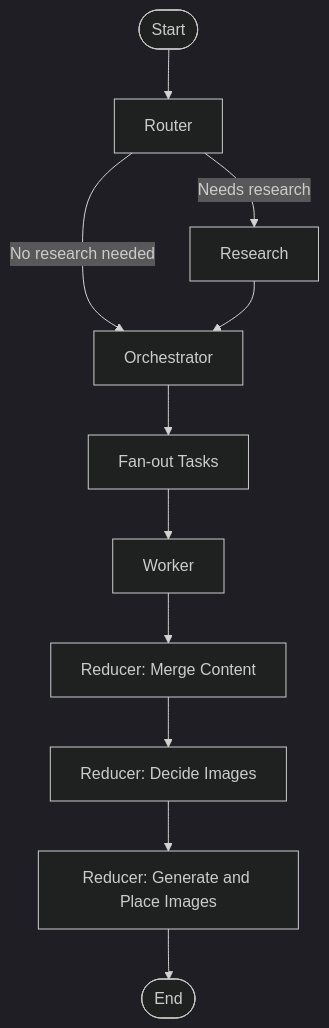
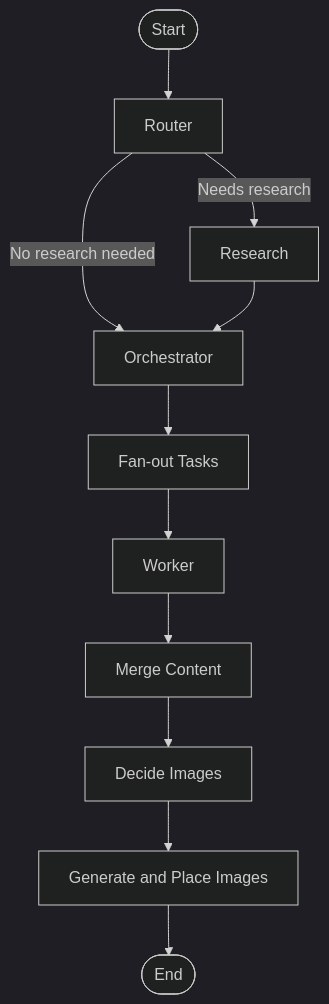
The second of 3 diagrams in README.md (adimantamu/Blog-writing-agent-application), drawn with Mermaid (dark theme) before and after one commit. The commit also changed other lines of this file and 2 other files, not shown here.

````diff
--- a/README.md
+++ b/README.md
@@ -80,13 +89,13 @@
 ```mermaid
 flowchart TD
     A([Start]) --> B[Router]
     B -->|Needs research| C[Research]
     B -->|No research needed| D[Orchestrator]
     C --> D
     D --> E[Fan-out Tasks]
     E --> F[Worker]
-    F --> G[Reducer: Merge Content]
-    G --> H[Reducer: Decide Images]
-    H --> I[Reducer: Generate and Place Images]
+    F --> G[Merge Content]
+    G --> H[Decide Images]
+    H --> I[Generate and Place Images]
     I --> J([End])
 ```
````
